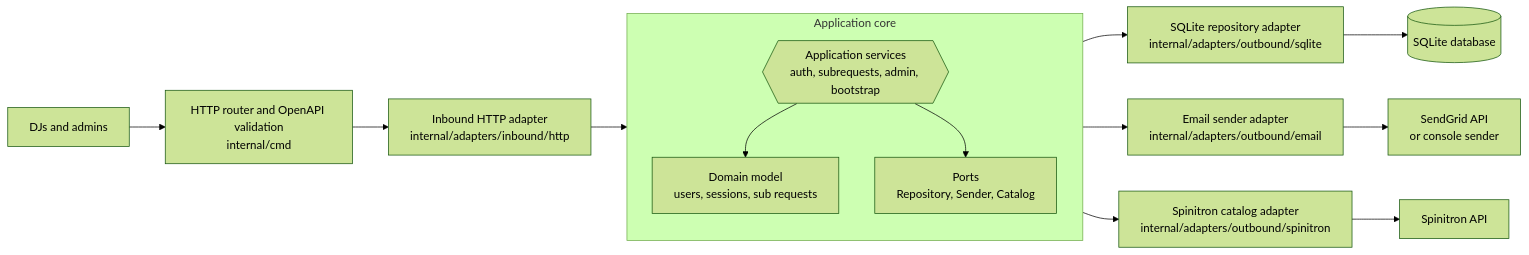
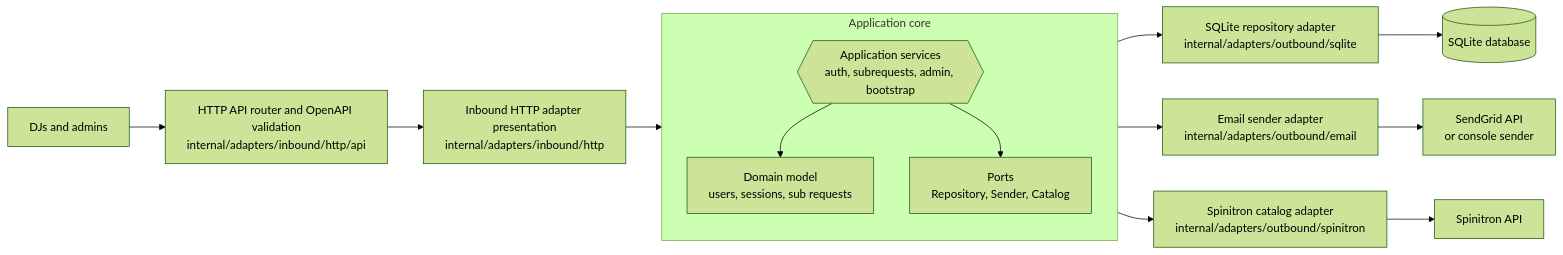
One commit to dctalbot/air-cover changed the diagram in README.md. Above: the diagram before and after it, drawn with Mermaid (forest theme). The commit also changed other lines of this file and 27 other files, not shown here.

Commit message:
Refactor HTTP API structure; move OpenAPI specifications and handlers to a new internal/adapters/inbound/http/api directory for better organization. Update Makefile and documentation to reflect these changes, enhancing clarity and maintainability of the project.

````diff
--- a/README.md
+++ b/README.md
@@ -14,24 +14,24 @@
 ```mermaid
 flowchart LR
-    user["DJs and admins"] --> router["HTTP router and OpenAPI validation<br/>internal/cmd"]
-    router --> http["Inbound HTTP adapter<br/>internal/adapters/inbound/http"]
+    user["DJs and admins"] --> api["HTTP API router and OpenAPI validation<br/>internal/adapters/inbound/http/api"]
+    api --> http["Inbound HTTP adapter presentation<br/>internal/adapters/inbound/http"]
 
     subgraph core["Application core"]
         direction TB
         services{{"Application services<br/>auth, subrequests, admin, bootstrap"}}
         domain["Domain model<br/>users, sessions, sub requests"]
         ports["Ports<br/>Repository, Sender, Catalog"]
 
         services --> domain
         services --> ports
     end
 
     http --> services
     ports --> sqlite["SQLite repository adapter<br/>internal/adapters/outbound/sqlite"]
     ports --> email["Email sender adapter<br/>internal/adapters/outbound/email"]
     ports --> spinitron["Spinitron catalog adapter<br/>internal/adapters/outbound/spinitron"]
 
     sqlite --> db[("SQLite database")]
     email --> sendgrid["SendGrid API<br/>or console sender"]
     spinitron --> spinitronApi["Spinitron API"]
 ```
````
